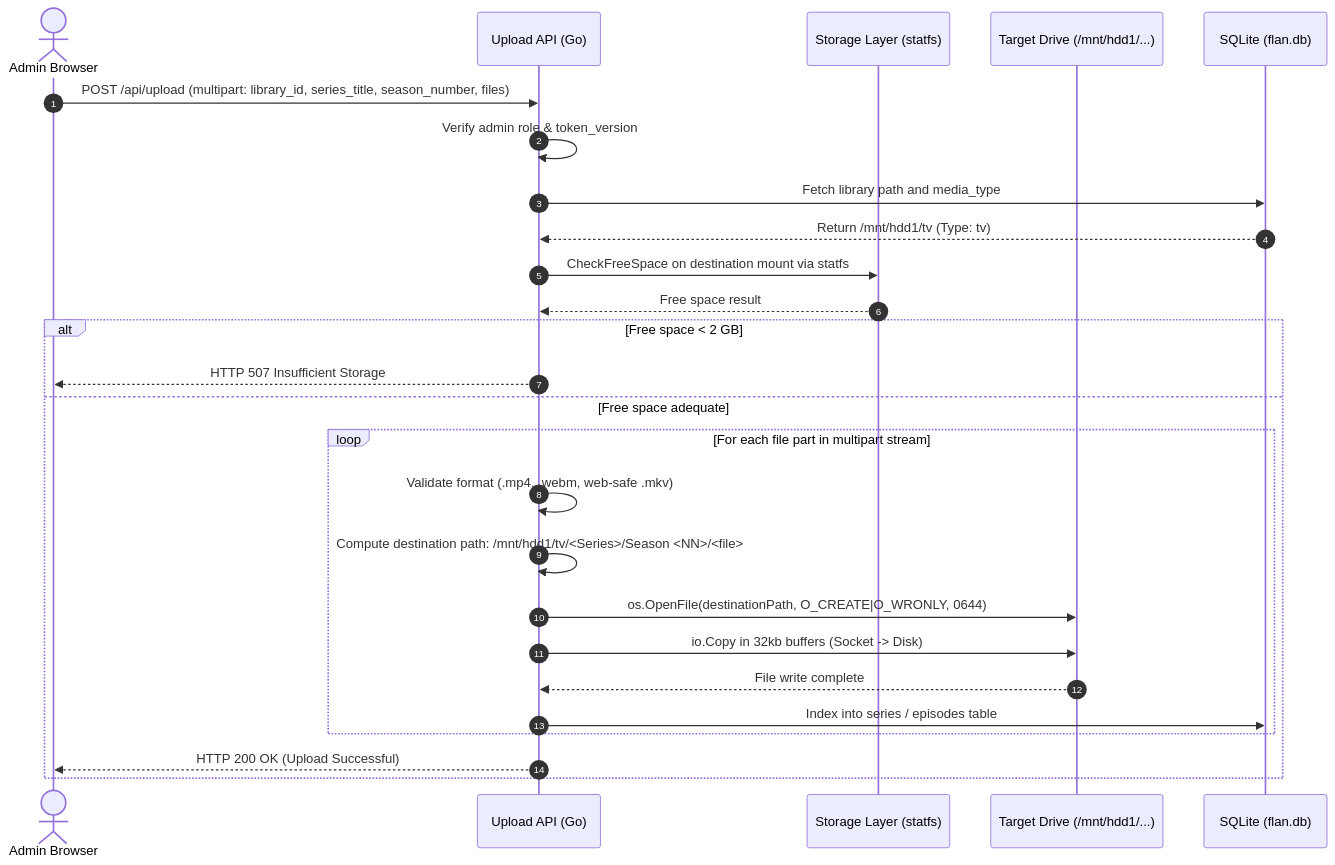
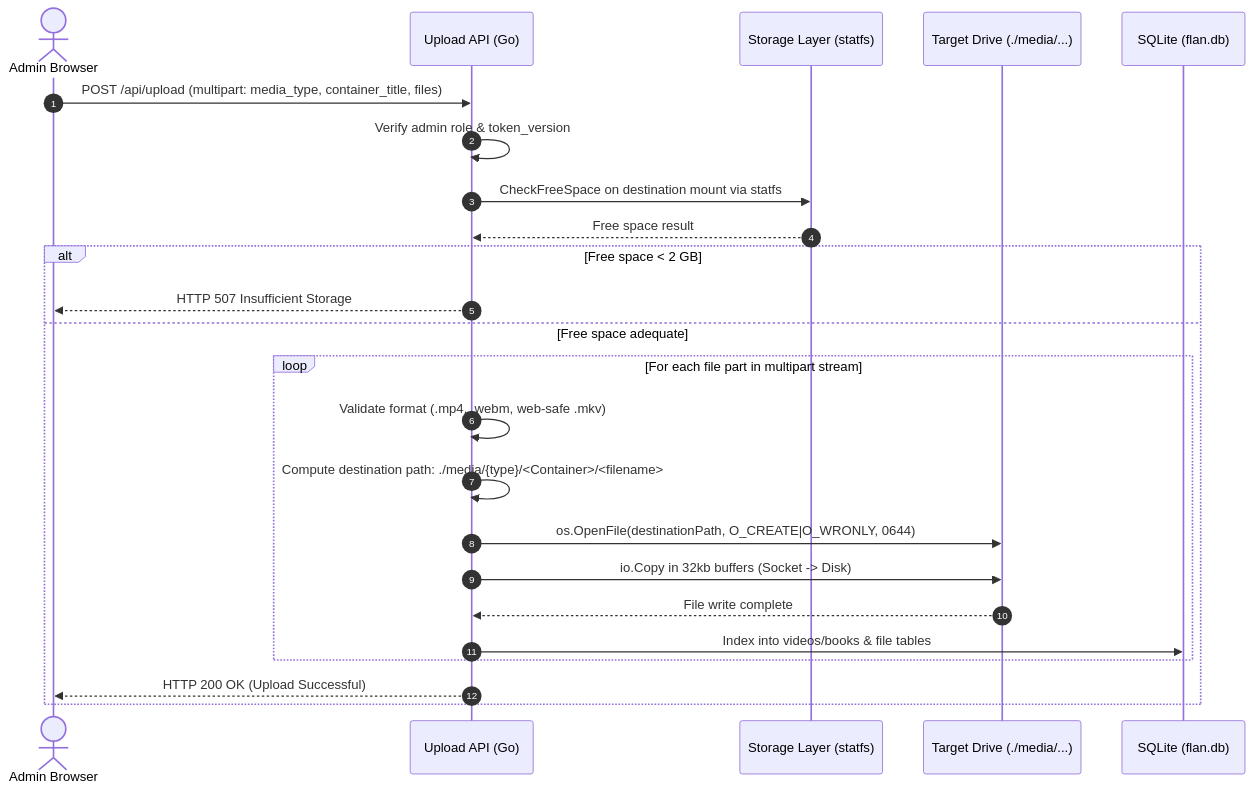
Before and after one commit to WesleyEsq/Flan-Media-Server: the sixth of 6 diagrams in docs/diagrams/data-flow.md, drawn with Mermaid. The commit also changed other lines of this file and 14 other files, not shown here.

````diff
--- a/docs/diagrams/data-flow.md
+++ b/docs/diagrams/data-flow.md
@@ -198,29 +176,27 @@
 ```mermaid
 sequenceDiagram
     autonumber
     actor Admin as Admin Browser
     participant Handler as Upload API (Go)
     participant Storage as Storage Layer (statfs)
-    participant Disk as Target Drive (/mnt/hdd1/...)
+    participant Disk as Target Drive (./media/...)
     participant DB as SQLite (flan.db)
 
-    Admin->>Handler: POST /api/upload (multipart: library_id, series_title, season_number, files)
+    Admin->>Handler: POST /api/upload (multipart: media_type, container_title, files)
     Handler->>Handler: Verify admin role & token_version
-    Handler->>DB: Fetch library path and media_type
-    DB-->>Handler: Return /mnt/hdd1/tv (Type: tv)
     Handler->>Storage: CheckFreeSpace on destination mount via statfs
     Storage-->>Handler: Free space result
     alt Free space < 2 GB
         Handler-->>Admin: HTTP 507 Insufficient Storage
     else Free space adequate
         loop For each file part in multipart stream
             Handler->>Handler: Validate format (.mp4, .webm, web-safe .mkv)
-            Handler->>Handler: Compute destination path: /mnt/hdd1/tv/<Series>/Season <NN>/<file>
+            Handler->>Handler: Compute destination path: ./media/{type}/<Container>/<filename>
             Handler->>Disk: os.OpenFile(destinationPath, O_CREATE|O_WRONLY, 0644)
             Handler->>Disk: io.Copy in 32kb buffers (Socket -> Disk)
             Disk-->>Handler: File write complete
-            Handler->>DB: Index into series / episodes table
+            Handler->>DB: Index into videos/books & file tables
         end
         Handler-->>Admin: HTTP 200 OK (Upload Successful)
     end
 ```
````
